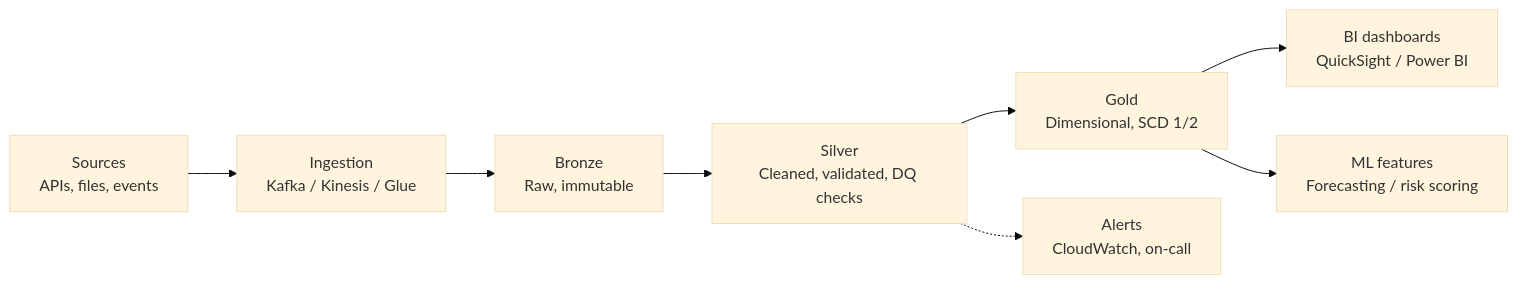
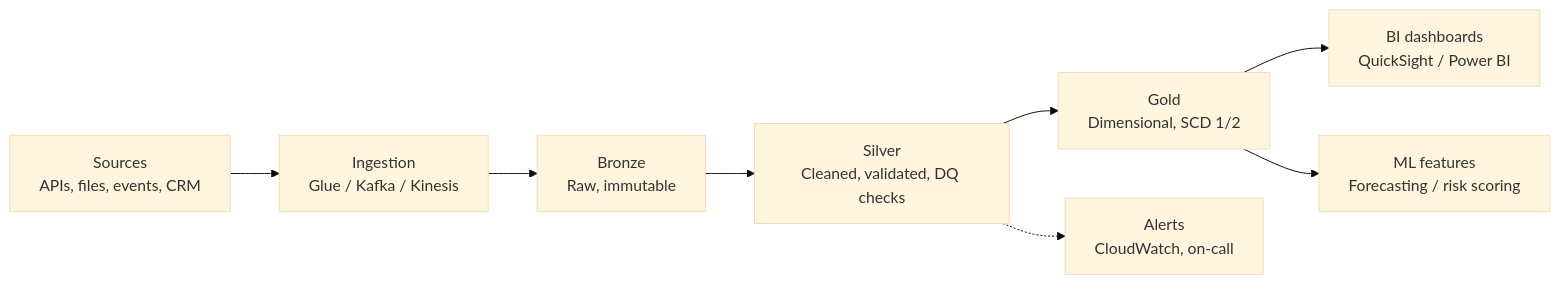
One commit to harishsingi/harishsingi changed the diagram in README.md. Above: the diagram before and after it, drawn with Mermaid (base theme). The commit also changed other lines of this file, not shown here.

Commit message:
Profile README: add Salesforce project and base platform architecture

````diff
--- a/README.md
+++ b/README.md
@@ -52,10 +54,10 @@
 ```mermaid
 flowchart LR
-    A[Sources<br/>APIs, files, events] --> B[Ingestion<br/>Kafka / Kinesis / Glue]
+    A[Sources<br/>APIs, files, events, CRM] --> B[Ingestion<br/>Glue / Kafka / Kinesis]
     B --> C[Bronze<br/>Raw, immutable]
     C --> D[Silver<br/>Cleaned, validated, DQ checks]
     D --> E[Gold<br/>Dimensional, SCD 1/2]
     E --> F[BI dashboards<br/>QuickSight / Power BI]
     E --> G[ML features<br/>Forecasting / risk scoring]
     D -.-> H[Alerts<br/>CloudWatch, on-call]
 ```
````
